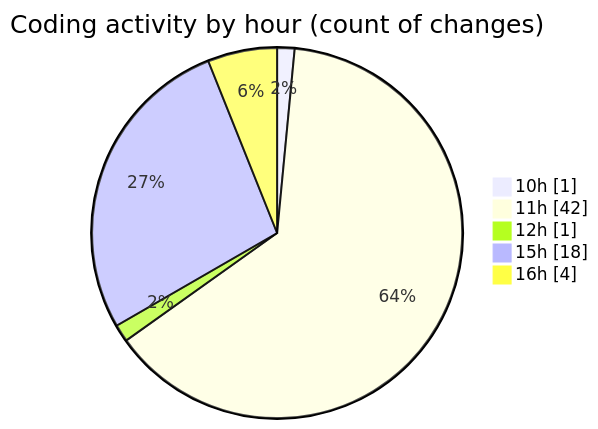
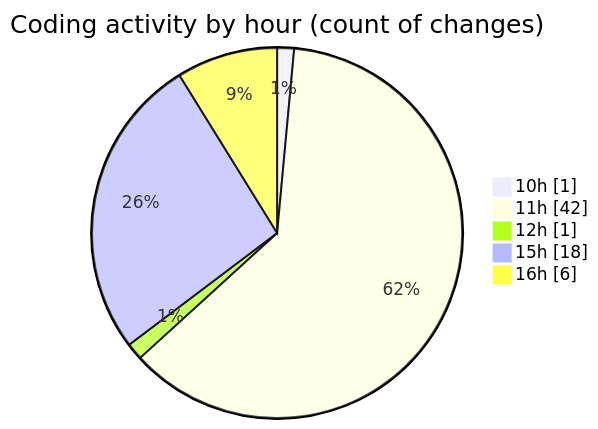
The second of 2 diagrams in 2025-06-25/nxtqube_webapp/README.md (nxtqubesakshisongat/code-tracking), drawn with Mermaid before and after one commit. The commit also changed other lines of this file and 1 other file, not shown here.

````diff
--- a/2025-06-25/nxtqube_webapp/README.md
+++ b/2025-06-25/nxtqube_webapp/README.md
@@ -33,9 +33,9 @@
 ```mermaid
 pie showData
 title Coding activity by hour (count of changes)
 "10h" : 1
 "11h" : 42
 "12h" : 1
 "15h" : 18
-"16h" : 4
+"16h" : 6
 ```
````
